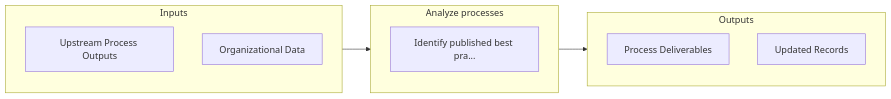
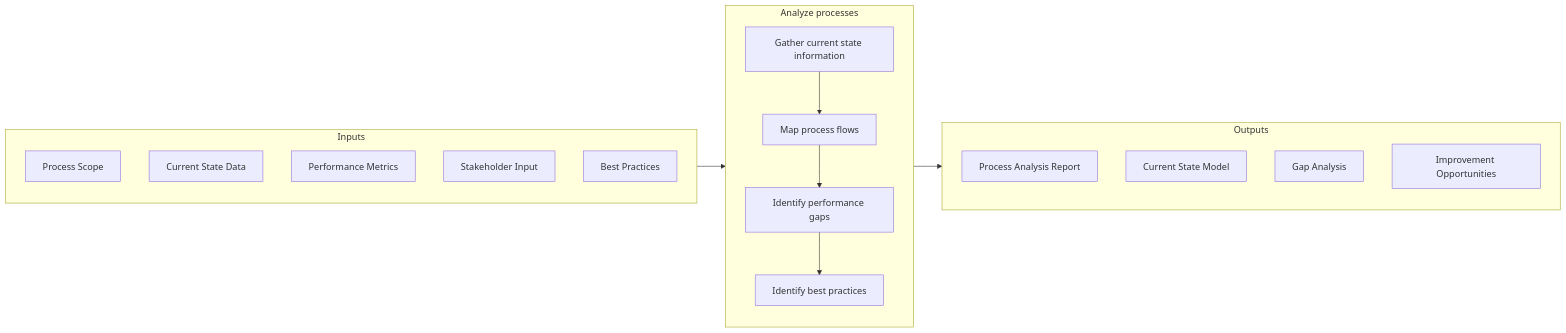
The second of 2 diagrams in processes/13-Capabilities/13.1-ManageBusinessProcesses/13.1.3-DefineProcesses/13.1.3.2-AnalyzeProcesses/index.mdx (kziemski/business.org.ai), drawn with Mermaid before and after one commit. The commit also changed other lines of this file and 885 other files, not shown here.

````diff
--- a/processes/13-Capabilities/13.1-ManageBusinessProcesses/13.1.3-DefineProcesses/13.1.3.2-AnalyzeProcesses/index.mdx
+++ b/processes/13-Capabilities/13.1-ManageBusinessProcesses/13.1.3-DefineProcesses/13.1.3.2-AnalyzeProcesses/index.mdx
@@ -60,18 +62,29 @@
 ```mermaid
 flowchart LR
     subgraph Inputs["Inputs"]
-        I1["Upstream Process Outputs"]
-        I2["Organizational Data"]
+        I1["Process Scope"]
+        I2["Current State Data"]
+        I3["Performance Metrics"]
+        I4["Stakeholder Input"]
+        I5["Best Practices"]
     end
 
     subgraph Process["Analyze processes"]
-        S1["Identify published best pra..."]
+        S1["Gather current state information"]
+        S2["Map process flows"]
+        S3["Identify performance gaps"]
+        S4["Identify best practices"]
     end
 
     subgraph Outputs["Outputs"]
-        O1["Process Deliverables"]
-        O2["Updated Records"]
+        O1["Process Analysis Report"]
+        O2["Current State Model"]
+        O3["Gap Analysis"]
+        O4["Improvement Opportunities"]
     end
 
     Inputs --> Process --> Outputs
+    S1 --> S2
+    S2 --> S3
+    S3 --> S4
 ```
````
